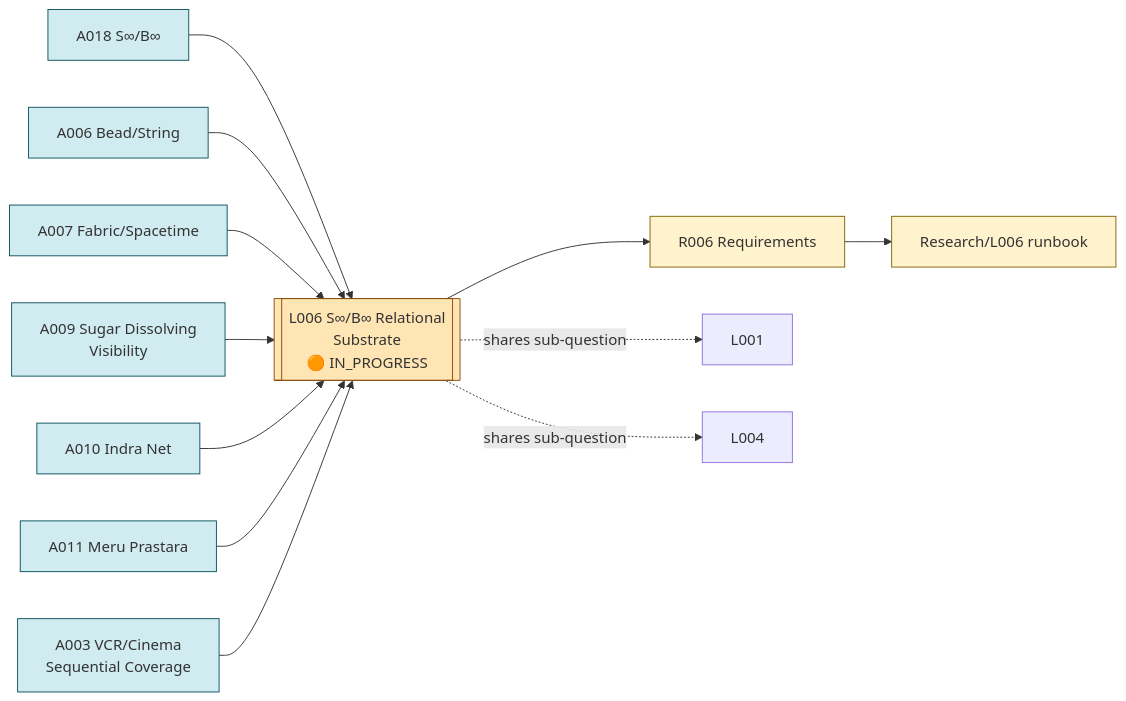
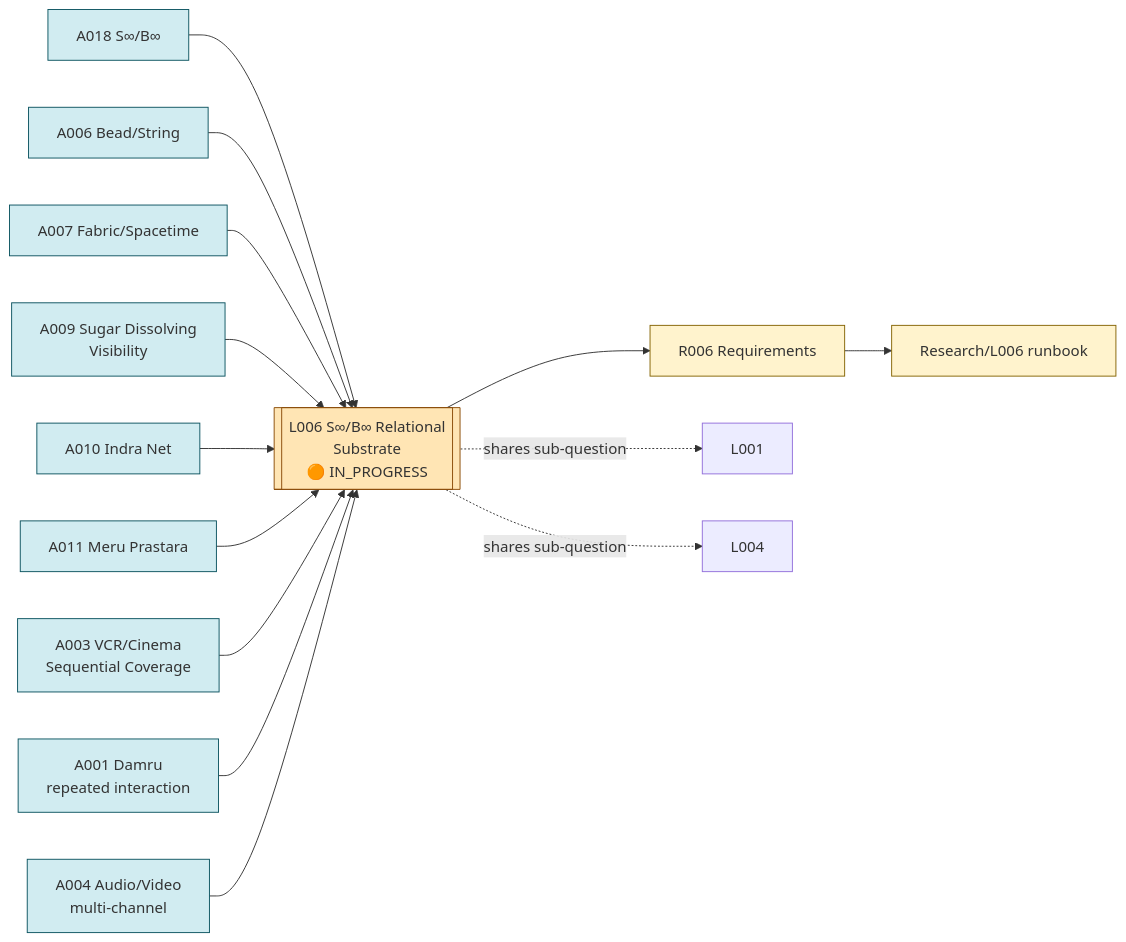
Before and after one commit to btanwar/indian-ancient-science: the diagram in Line-Of-Thoughts/L006_s_infinity_b_infinity_relational_substrate.md, drawn with Mermaid. The commit also changed other lines of this file and 14 other files, not shown here.

````diff
--- a/Line-Of-Thoughts/L006_s_infinity_b_infinity_relational_substrate.md
+++ b/Line-Of-Thoughts/L006_s_infinity_b_infinity_relational_substrate.md
@@ -18,25 +19,27 @@
 ```mermaid
 flowchart LR
     classDef result fill:#d4edda,stroke:#155724,stroke-width:1px;
     classDef active fill:#ffe5b4,stroke:#8a4b08,stroke-width:1px;
     classDef boundary fill:#f8d7da,stroke:#721c24,stroke-width:1px;
     classDef target fill:#e2d9f3,stroke:#4b2e83,stroke-width:1px;
     classDef gate fill:#fff3cd,stroke:#856404,stroke-width:1px;
     classDef mechanism fill:#d1ecf1,stroke:#0c5460,stroke-width:1px;
 
     A018["A018 S∞/B∞"] --> L006
     A006["A006 Bead/String"] --> L006
     A007["A007 Fabric/Spacetime"] --> L006
     A009["A009 Sugar Dissolving<br/>Visibility"] --> L006
     A010["A010 Indra Net"] --> L006
     A011["A011 Meru Prastara"] --> L006
     A003["A003 VCR/Cinema<br/>Sequential Coverage"] --> L006
+    A001["A001 Damru<br/>repeated interaction"] --> L006
+    A004["A004 Audio/Video<br/>multi-channel"] --> L006
     L006[["L006 S∞/B∞ Relational<br/>Substrate<br/>🟠 IN_PROGRESS"]] --> R006["R006 Requirements"]
     R006 --> Res006["Research/L006 runbook"]
     L006 -.shares sub-question.-> L001
     L006 -.shares sub-question.-> L004
 
-    class A018,A006,A007,A009,A010,A011,A003 mechanism;
+    class A018,A006,A007,A009,A010,A011,A003,A001,A004 mechanism;
     class L006 active;
     class R006,Res006 gate;
 ```
````
